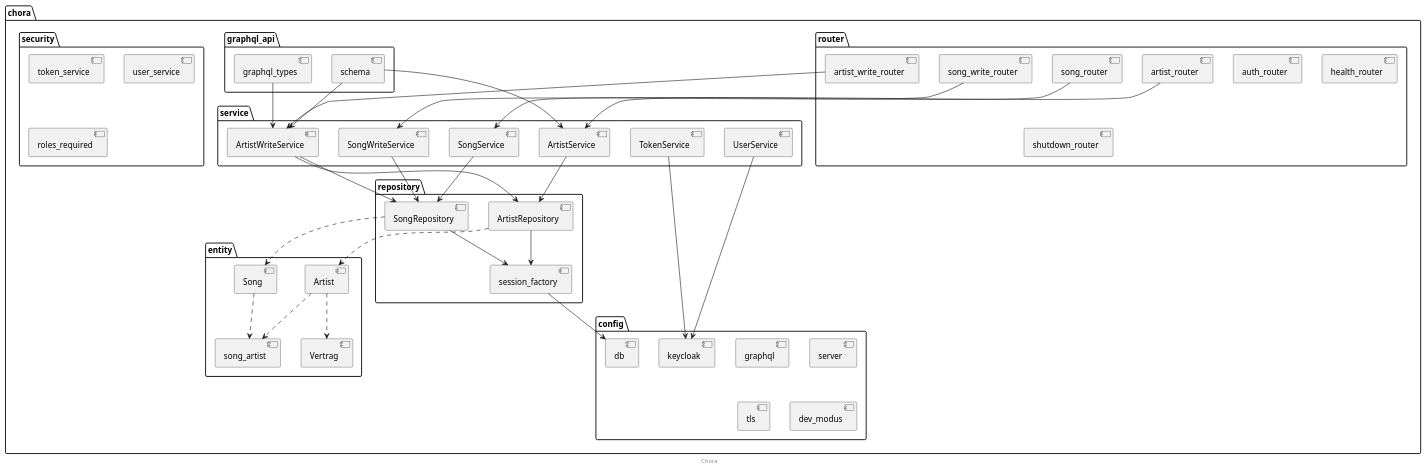
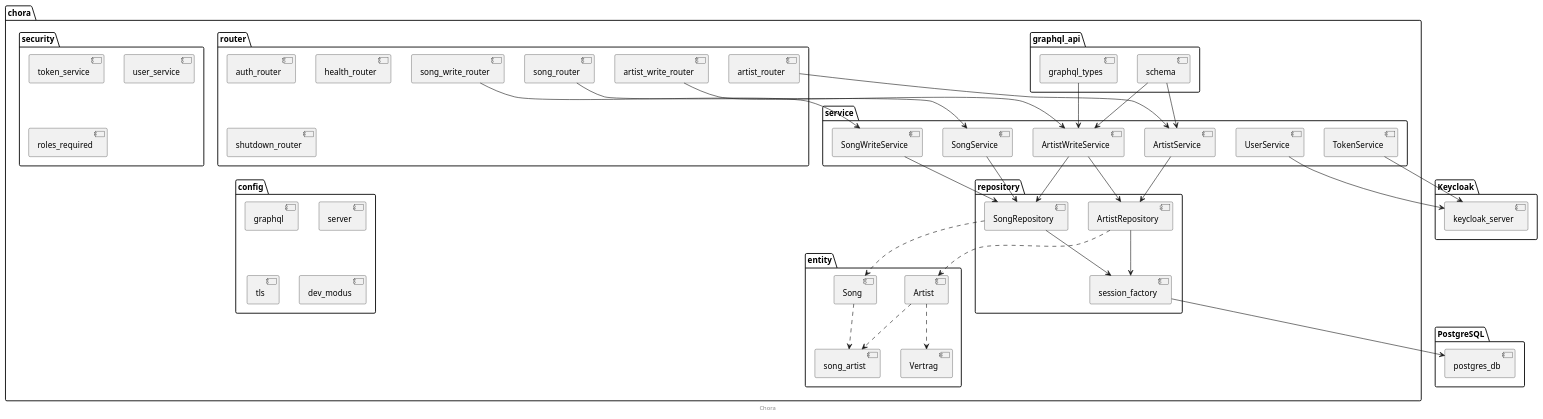
The diagram in docs/diagramme/src/schichtenarchitektur.plantuml (niko1405/chora-backend), drawn with PlantUML before and after one commit. The commit also changed 2 other files, not shown here.

Commit message:
UML Diagramme verändert

```diff
--- a/docs/diagramme/src/schichtenarchitektur.plantuml
+++ b/docs/diagramme/src/schichtenarchitektur.plantuml
@@ -18,85 +18,91 @@
 @startuml schichtenarchitektur
 
 package chora {
   package router {
     [artist_router]
     [artist_write_router]
     [song_router]
     [song_write_router]
     [auth_router]
     [health_router]
     [shutdown_router]
   }
 
   package graphql_api {
     [schema]
     [graphql_types]
   }
 
   package security {
     [token_service]
     [user_service]
     [roles_required]
     [auth_router]
   }
 
   package service {
     [ArtistService]
     [ArtistWriteService]
     [SongService]
     [SongWriteService]
     [TokenService]
     [UserService]
   }
 
   package repository {
     [ArtistRepository]
     [SongRepository]
     [session_factory]
   }
 
   package entity {
     [Artist]
     [Song]
     [Vertrag]
     [song_artist]
   }
 
   package config {
-    [db]
     [graphql]
-    [keycloak]
     [server]
     [tls]
     [dev_modus]
   }
+}
+
+package PostgreSQL {
+  [postgres_db]
+}
+
+package Keycloak {
+  [keycloak_server]
 }
 
 [artist_router] --> [ArtistService]
 [artist_write_router] --> [ArtistWriteService]
 [song_router] --> [SongService]
 [song_write_router] --> [SongWriteService]
 [graphql_types] --> [ArtistWriteService]
 [schema] --> [ArtistService]
 [schema] --> [ArtistWriteService]
 
 [ArtistService] --> [ArtistRepository]
 [ArtistWriteService] --> [ArtistRepository]
 [ArtistWriteService] --> [SongRepository]
 [SongService] --> [SongRepository]
 [SongWriteService] --> [SongRepository]
-[TokenService] --> [keycloak]
-[UserService] --> [keycloak]
+[TokenService] --> [keycloak_server]
+[UserService] --> [keycloak_server]
 
 [ArtistRepository] --> [session_factory]
 [SongRepository] --> [session_factory]
-[session_factory] --> [db]
+[session_factory] --> [postgres_db]
 [ArtistRepository] ..> [Artist]
 [SongRepository] ..> [Song]
 [Artist] ..> [song_artist]
 [Song] ..> [song_artist]
 [Artist] ..> [Vertrag]
 
 footer Chora
 
 @enduml
```
